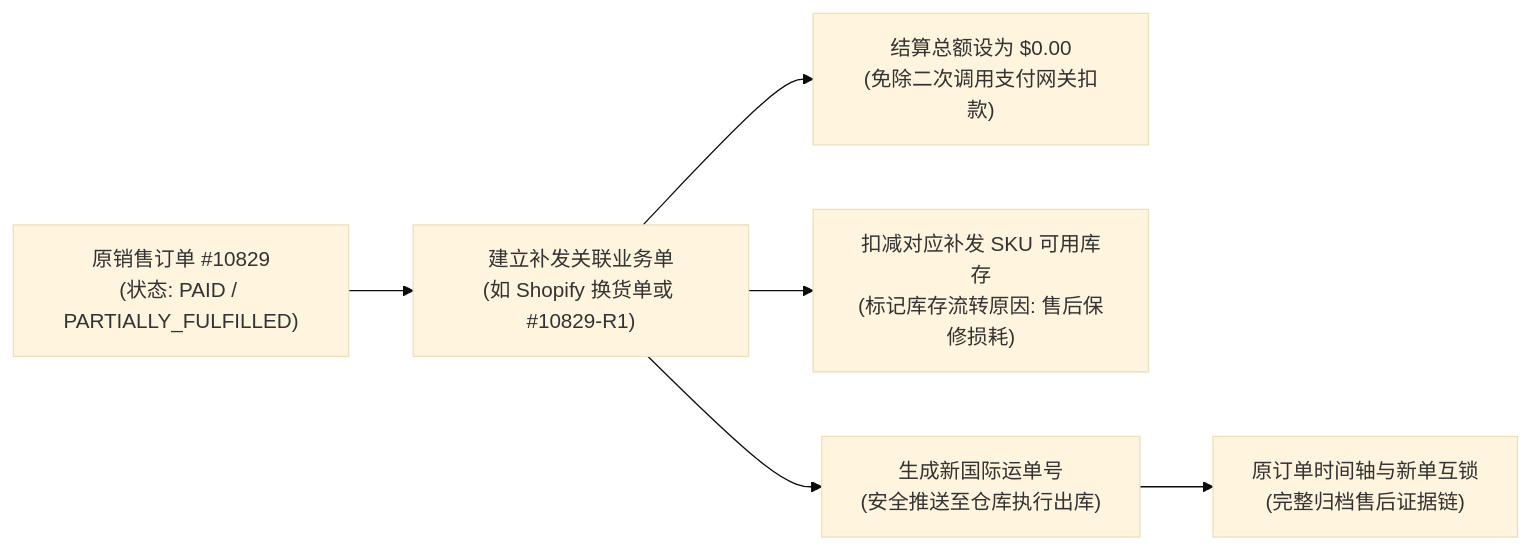
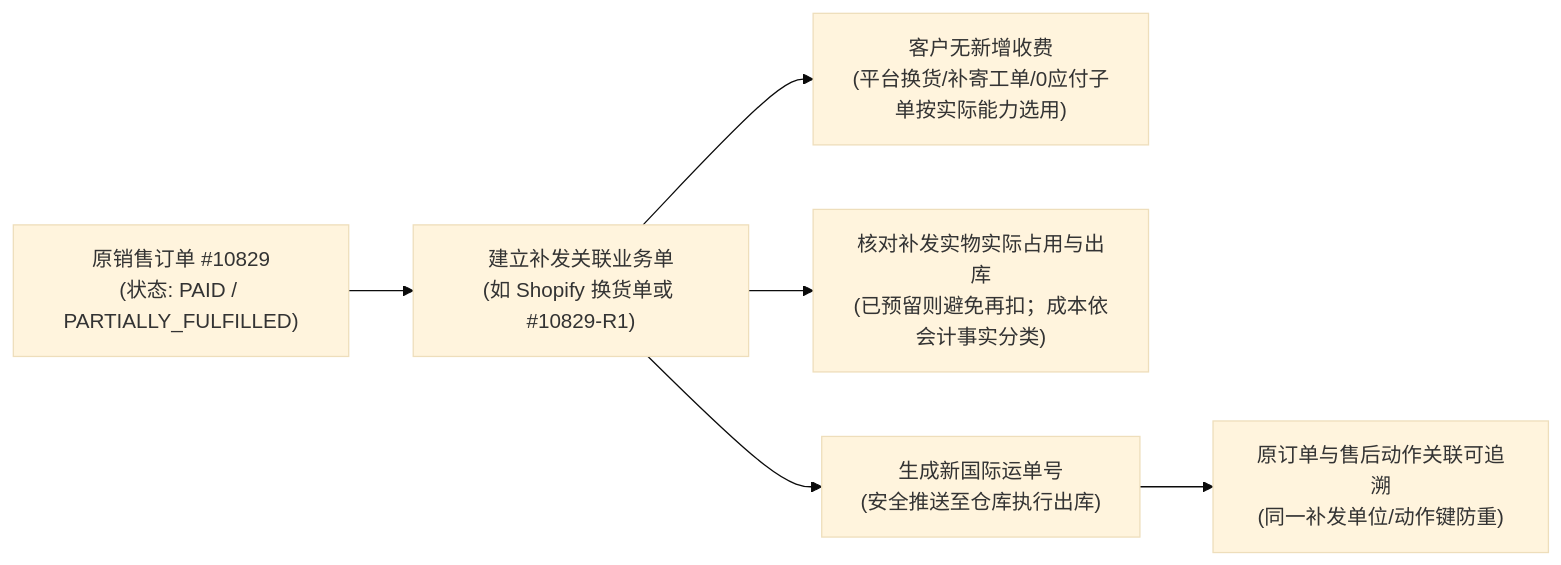
Before and after one commit to entropy-student/project: the second of 6 diagrams in cross-border-business/04-product-building/docs/CHAPTER7_FINAL_SEALED.md, drawn with Mermaid (base theme).

Commit message:
docs(product): reconcile chapter 4.7 reshipment Mermaid diagram with corrected stock and refund prose

````diff
--- a/cross-border-business/04-product-building/docs/CHAPTER7_FINAL_SEALED.md
+++ b/cross-border-business/04-product-building/docs/CHAPTER7_FINAL_SEALED.md
@@ -62,8 +62,8 @@
 ```mermaid
 flowchart LR
     A["原销售订单 #10829<br/>(状态: PAID / PARTIALLY_FULFILLED)"] --> B["建立补发关联业务单<br/>(如 Shopify 换货单或 #10829-R1)"]
-    B --> C["结算总额设为 $0.00<br/>(免除二次调用支付网关扣款)"]
-    B --> D["扣减对应补发 SKU 可用库存<br/>(标记库存流转原因: 售后保修损耗)"]
+    B --> C["客户无新增收费<br/>(平台换货/补寄工单/0应付子单按实际能力选用)"]
+    B --> D["核对补发实物实际占用与出库<br/>(已预留则避免再扣；成本依会计事实分类)"]
     B --> E["生成新国际运单号<br/>(安全推送至仓库执行出库)"]
-    E --> F["原订单时间轴与新单互锁<br/>(完整归档售后证据链)"]
+    E --> F["原订单与售后动作关联可追溯<br/>(同一补发单位/动作键防重)"]
 ```
````
